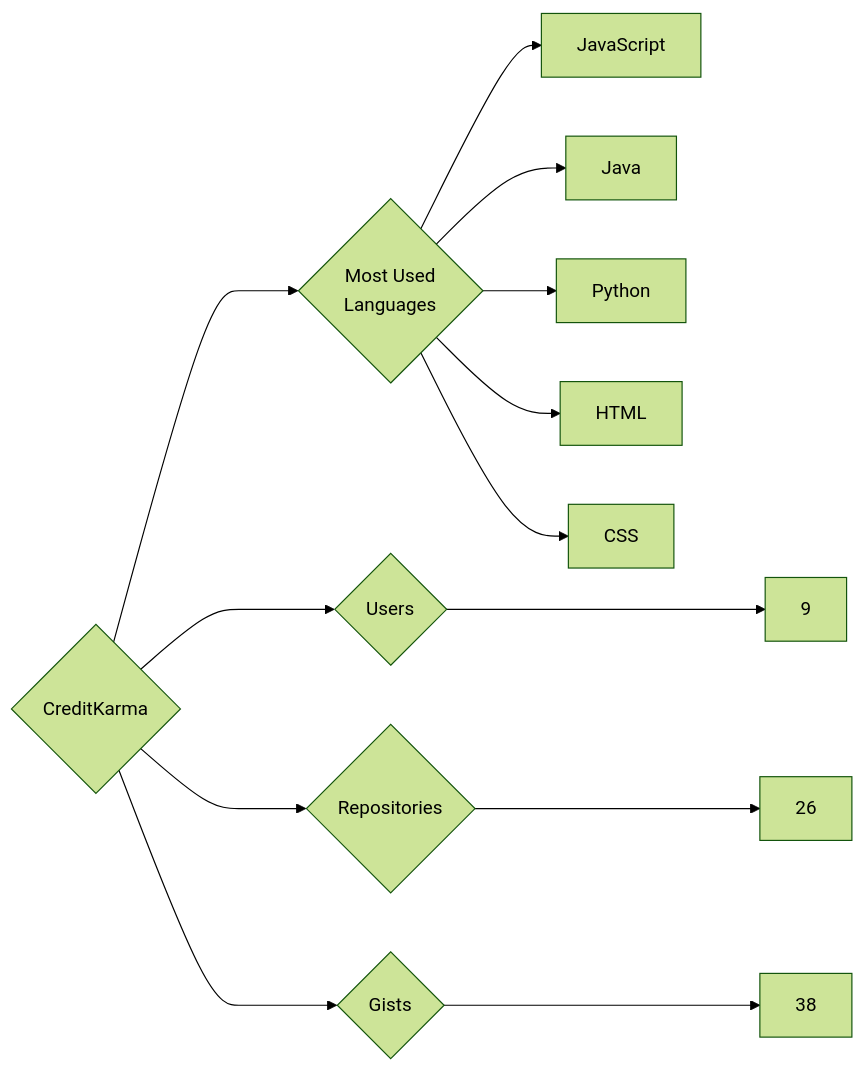
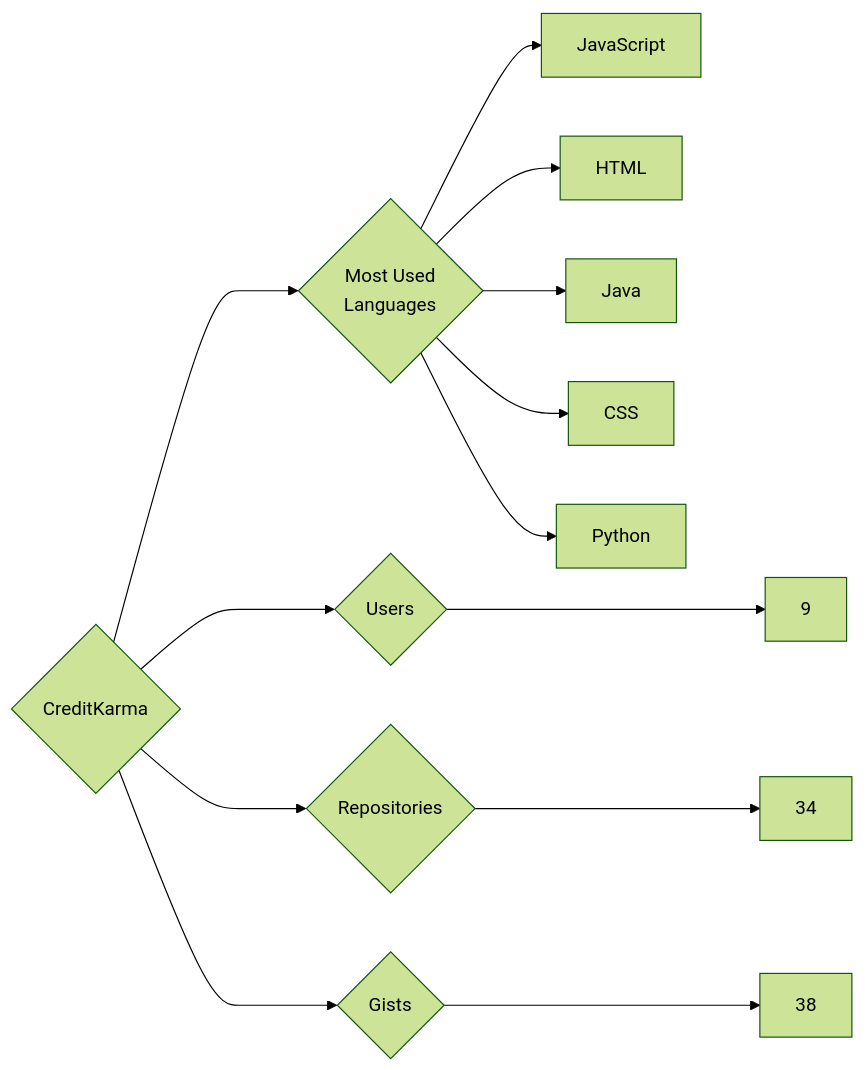
The diagram in targets/CreditKarma/README.md (trickest/insiders), drawn with Mermaid (forest theme) before and after one commit. The commit also changed 1084 other files, not shown here.

````diff
--- a/targets/CreditKarma/README.md
+++ b/targets/CreditKarma/README.md
@@ -3,13 +3,13 @@
 ```mermaid
 graph LR
 COMPANY_NAME{CreditKarma}
 COMPANY_NAME ---> U{Users} ---> UN[9]
-COMPANY_NAME ---> R{Repositories} ---> RN[26]
+COMPANY_NAME ---> R{Repositories} ---> RN[34]
 COMPANY_NAME ---> G{Gists} ---> GN[38]
 COMPANY_NAME ---> ML{Most Used<br>Languages}
 ML --> JavaScript[JavaScript]
+ML --> HTML[HTML]
 ML --> Java[Java]
+ML --> CSS[CSS]
 ML --> Python[Python]
-ML --> HTML[HTML]
-ML --> CSS[CSS]
 ```
````
